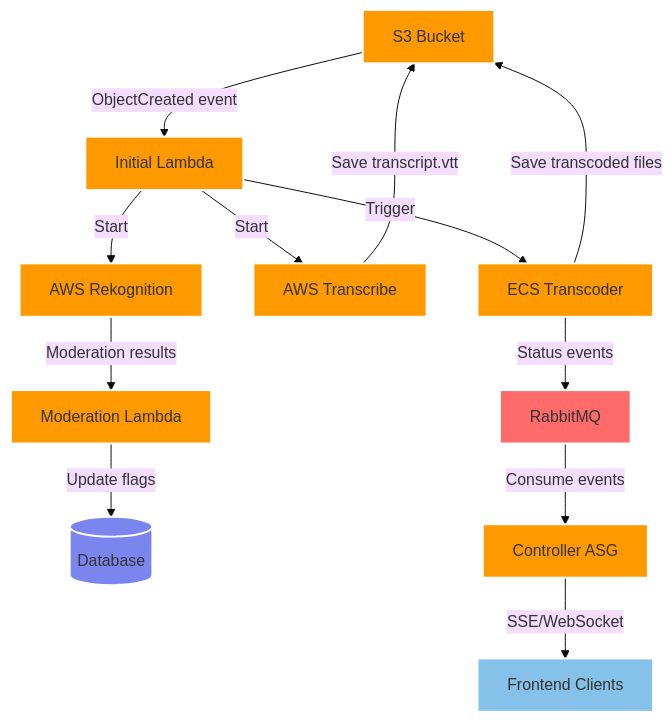
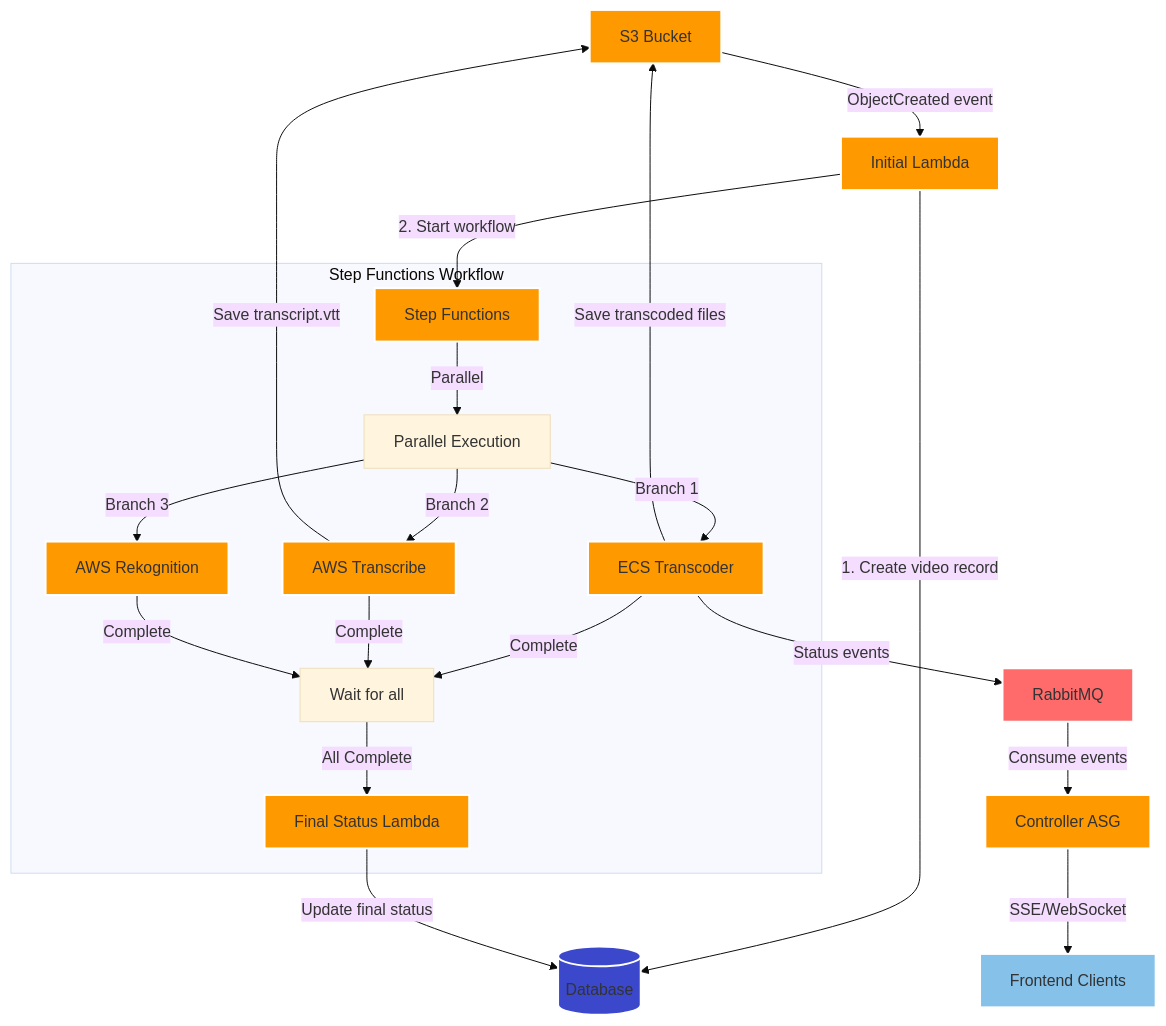
The diagram in docs/aws_complete_flow.md (Frig00/Cloud-Computing-Project), drawn with Mermaid (base theme) before and after one commit.

Commit message:
💩Ops

````diff
--- a/docs/aws_complete_flow.md
+++ b/docs/aws_complete_flow.md
@@ -1,30 +1,41 @@
 ```mermaid
 graph TD
     S3[S3 Bucket] -->|ObjectCreated event| Lambda1[Initial Lambda]
     
-    Lambda1 -->|Trigger| ECS[ECS Transcoder]
-    Lambda1 -->|Start| Transcribe[AWS Transcribe]
-    Lambda1 -->|Start| Rekognition[AWS Rekognition]
+    Lambda1 -->|1. Create video record| DB[(Database)]
+    Lambda1 -->|2. Start workflow| SF[Step Functions]
+    
+    subgraph "Step Functions Workflow"
+        SF -->|Parallel| Para[Parallel Execution]
+        Para -->|Branch 1| ECS[ECS Transcoder]
+        Para -->|Branch 2| Transcribe[AWS Transcribe]
+        Para -->|Branch 3| Rekognition[AWS Rekognition]
+        
+        ECS -->|Complete| Wait[Wait for all]
+        Transcribe -->|Complete| Wait
+        Rekognition -->|Complete| Wait
+        
+        Wait -->|All Complete| FinalLambda[Final Status Lambda]
+    end
     
     ECS -->|Save transcoded files| S3
     ECS -->|Status events| RMQ[RabbitMQ]
-    
     Transcribe -->|Save transcript.vtt| S3
     
-    Rekognition -->|Moderation results| Lambda2[Moderation Lambda]
-    Lambda2 -->|Update flags| DB[(Database)]
+    FinalLambda -->|Update final status| DB
 
     RMQ -->|Consume events| ASG[Controller ASG]
     ASG -->|SSE/WebSocket| FE[Frontend Clients]
 
     style S3 fill:#ff9900,stroke:#fff,stroke-width:2px
     style Lambda1 fill:#ff9900,stroke:#fff,stroke-width:2px
-    style Lambda2 fill:#ff9900,stroke:#fff,stroke-width:2px
+    style FinalLambda fill:#ff9900,stroke:#fff,stroke-width:2px
+    style SF fill:#ff9900,stroke:#fff,stroke-width:2px
     style ECS fill:#ff9900,stroke:#fff,stroke-width:2px
     style Transcribe fill:#ff9900,stroke:#fff,stroke-width:2px
     style Rekognition fill:#ff9900,stroke:#fff,stroke-width:2px
-    style DB fill:#7a85f0,stroke:#fff,stroke-width:2px
+    style DB fill:#3b48cc,stroke:#fff,stroke-width:2px
     style RMQ fill:#ff6b6b,stroke:#fff,stroke-width:2px
     style ASG fill:#ff9900,stroke:#fff,stroke-width:2px
     style FE fill:#85c1e9,stroke:#fff,stroke-width:2px
 ```
````
